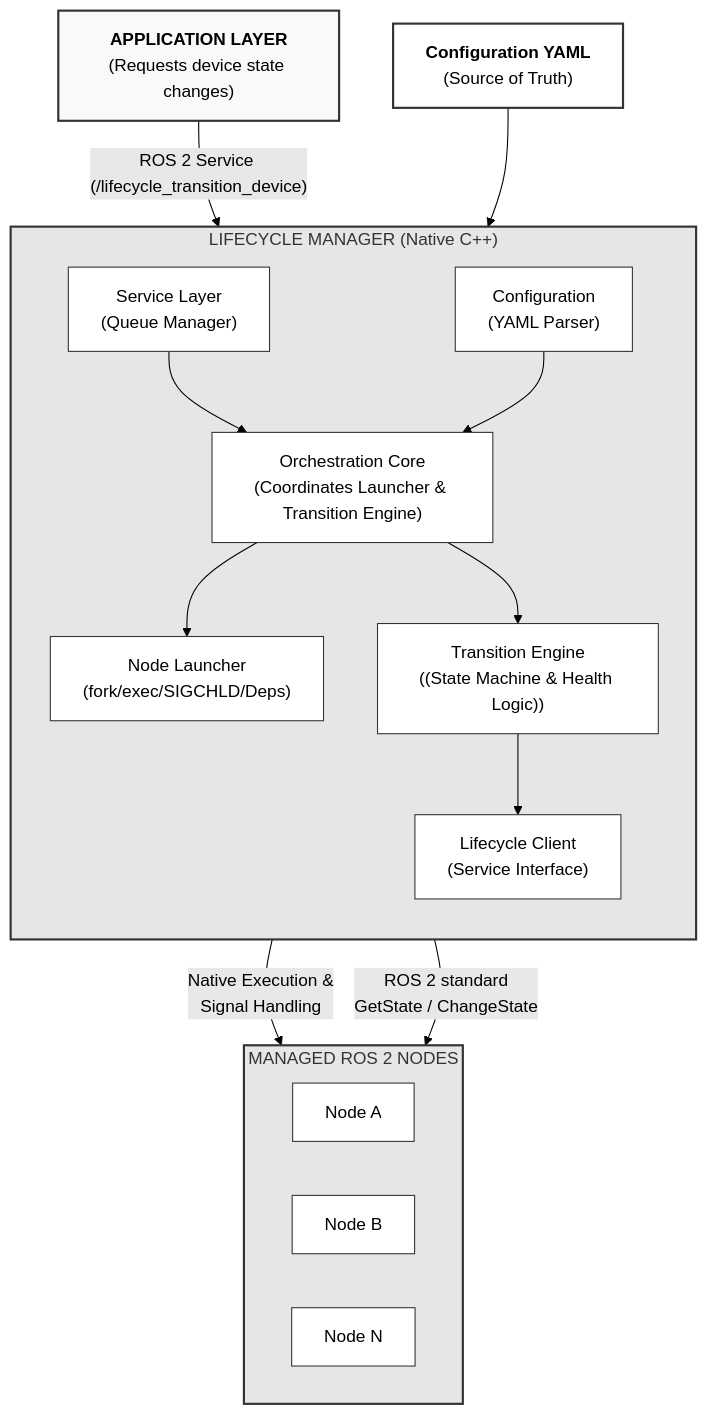
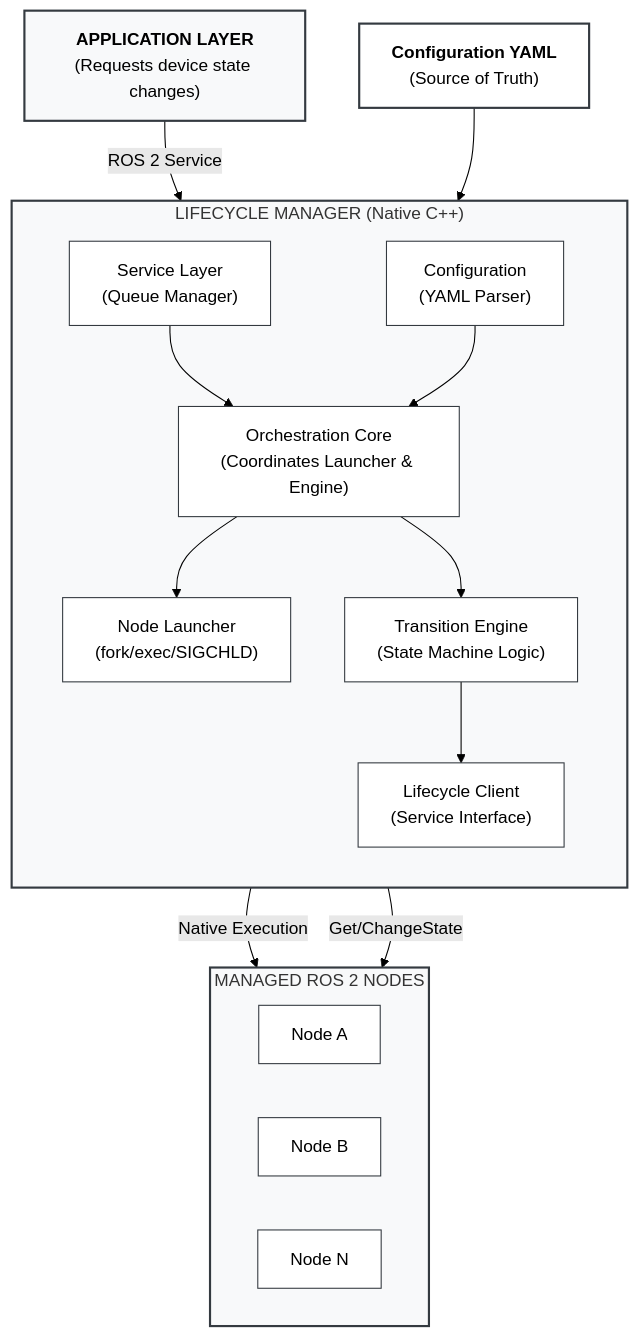
One commit to Open-Edge-Robotics/A.RobotAI-LGE-ROS2-LifecycleManager changed the first of 3 diagrams in README.md. Above: the diagram before and after it, drawn with Mermaid (forest theme). The commit also changed other lines of this file, not shown here.

````diff
--- a/README.md
+++ b/README.md
@@ -117,48 +117,48 @@
 ```mermaid
 flowchart TD
     App["<b>APPLICATION LAYER</b><br/>(Requests device state changes)"]
     YAML["<b>Configuration YAML</b><br/>(Source of Truth)"]
 
     subgraph Manager ["LIFECYCLE MANAGER (Native C++)"]
         direction TB
         SL["Service Layer<br/>(Queue Manager)"]
         Conf["Configuration<br/>(YAML Parser)"]
-        Core["Orchestration Core<br/>(Coordinates Launcher & Transition Engine)"]
-        NL["Node Launcher<br/>(fork/exec/SIGCHLD/Deps)"]
-        TE["Transition Engine<br/>((State Machine & Health Logic))"]
+        Core["Orchestration Core<br/>(Coordinates Launcher & Engine)"]
+        NL["Node Launcher<br/>(fork/exec/SIGCHLD)"]
+        TE["Transition Engine<br/>(State Machine Logic)"]
         LC["Lifecycle Client<br/>(Service Interface)"]
         
         SL --> Core
         Conf --> Core
         Core --> NL
         Core --> TE
         TE --> LC
     end
 
     subgraph Nodes ["MANAGED ROS 2 NODES"]
         direction LR
         NA["Node A"]
         NB["Node B"]
         NN["Node N"]
     end
 
-    App -- "ROS 2 Service (/lifecycle_transition_device)" --> SL
+    App -- "ROS 2 Service" --> SL
     YAML --> Conf
     
-    NL -- "Native Execution &<br/>Signal Handling" --> Nodes
-    LC -- "ROS 2 standard<br/>GetState / ChangeState" --> Nodes
+    NL -- "Native Execution" --> Nodes
+    LC -- "Get/ChangeState" --> Nodes
 
-    style App fill:#f9f9f9,stroke:#333,stroke-width:2px
-    style Manager fill:#e6e6e6,stroke:#333,stroke-width:2px
-    style Nodes fill:#e6e6e6,stroke:#333,stroke-width:2px
-    style SL fill:#fff,stroke:#333
-    style Conf fill:#fff,stroke:#333
-    style Core fill:#fff,stroke:#333
-    style TE fill:#fff,stroke:#333
-    style NL fill:#fff,stroke:#333
-    style LC fill:#fff,stroke:#333
-    style YAML fill:#fff,stroke:#333,stroke-width:2px
-    style NA fill:#fff,stroke:#333
-    style NB fill:#fff,stroke:#333
-    style NN fill:#fff,stroke:#333
+    style App fill:#f8f9fa,stroke:#343a40,stroke-width:2px
+    style Manager fill:#f8f9fa,stroke:#343a40,stroke-width:2px
+    style Nodes fill:#f8f9fa,stroke:#343a40,stroke-width:2px
+    style SL fill:#fff,stroke:#343a40
+    style Conf fill:#fff,stroke:#343a40
+    style Core fill:#fff,stroke:#343a40
+    style TE fill:#fff,stroke:#343a40
+    style NL fill:#fff,stroke:#343a40
+    style LC fill:#fff,stroke:#343a40
+    style YAML fill:#fff,stroke:#343a40,stroke-width:2px
+    style NA fill:#fff,stroke:#343a40
+    style NB fill:#fff,stroke:#343a40
+    style NN fill:#fff,stroke:#343a40
 ```
````
